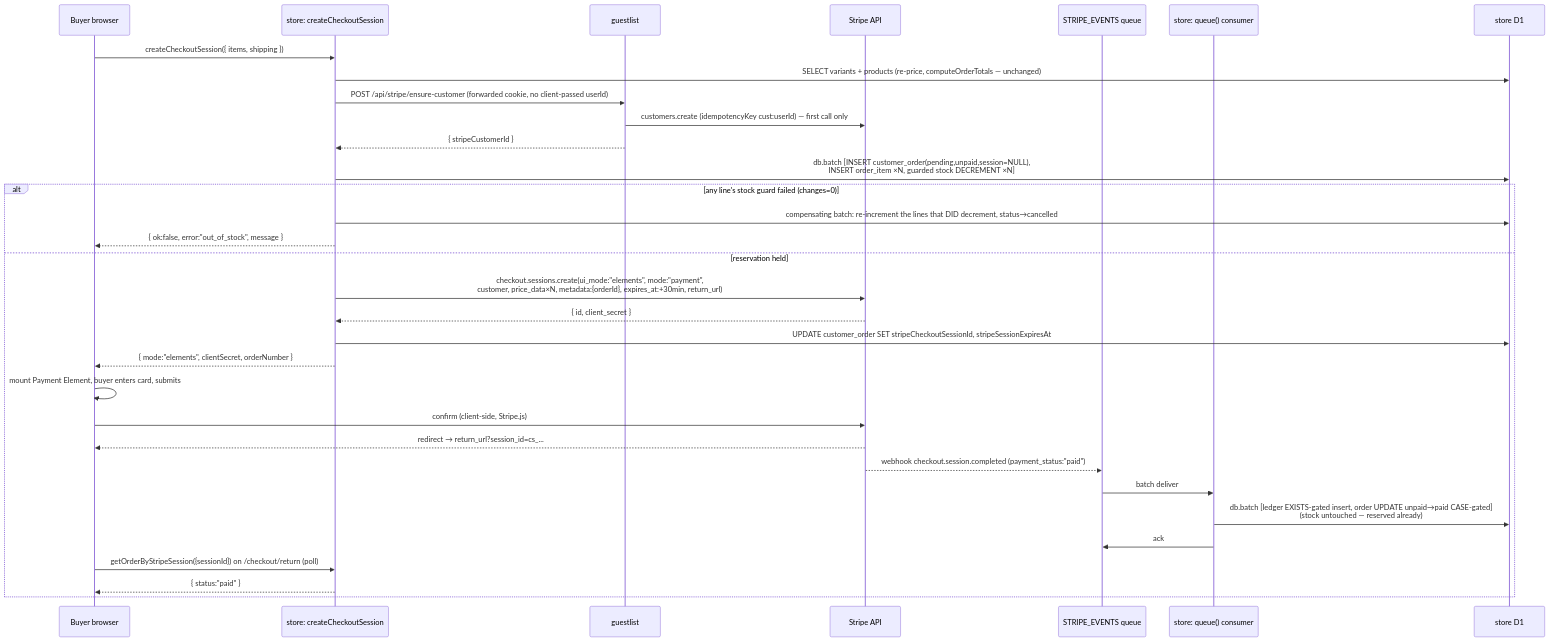
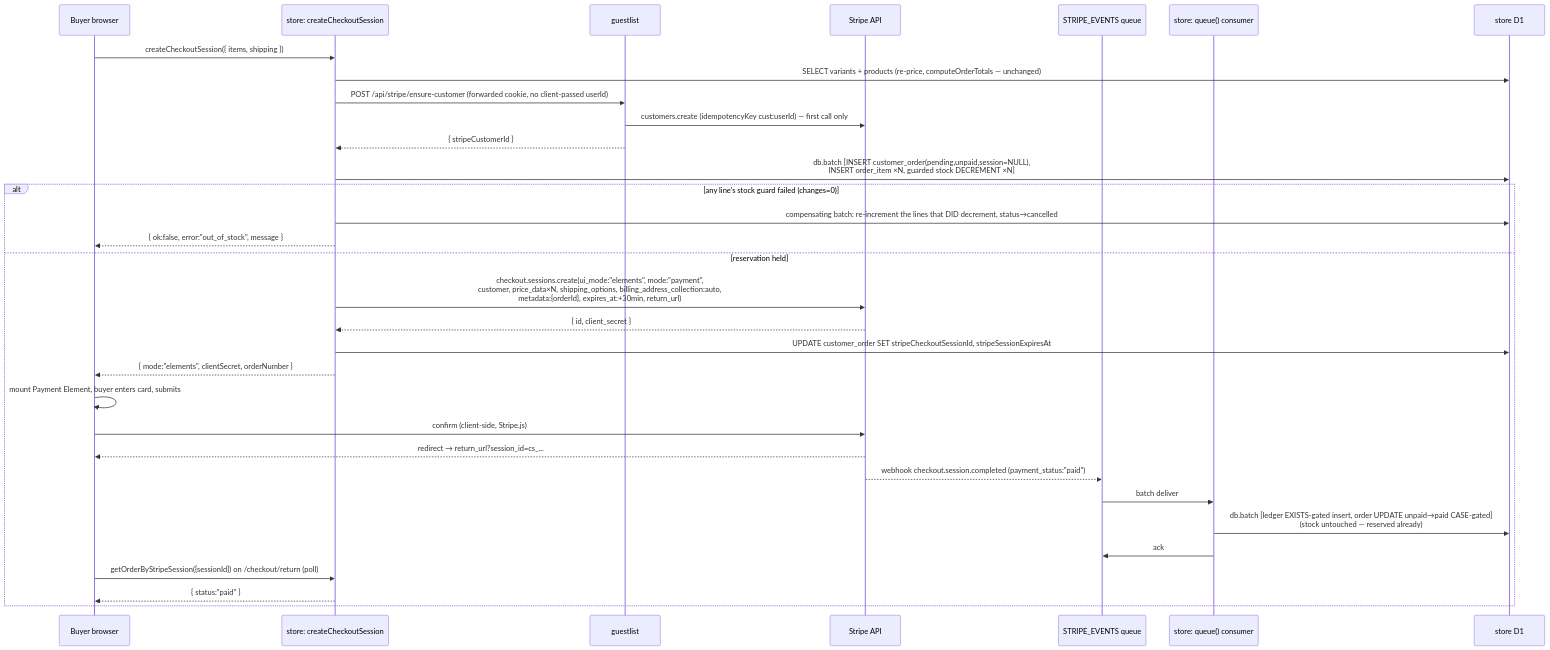
One commit to apostolos-geyer/somewhatintelligent changed the second of 3 diagrams in docs/exec-plans/active/0003-store-checkout-elements.md. Above: the diagram before and after it, drawn with Mermaid. The commit also changed other lines of this file and 29 other files, not shown here.

First line of the commit message:
feat(store): embedded Stripe checkout — Payment Element, stock reservations, reconcile cron

````diff
--- a/docs/exec-plans/active/0003-store-checkout-elements.md
+++ b/docs/exec-plans/active/0003-store-checkout-elements.md
@@ -145,35 +146,35 @@
 ```mermaid
 sequenceDiagram
     participant B as Buyer browser
     participant St as store: createCheckoutSession
     participant GL as guestlist
     participant Api as Stripe API
     participant Q as STRIPE_EVENTS queue
     participant C as store: queue() consumer
     participant D as store D1
 
     B->>St: createCheckoutSession({ items, shipping })
     St->>D: SELECT variants + products (re-price, computeOrderTotals — unchanged)
     St->>GL: POST /api/stripe/ensure-customer (forwarded cookie, no client-passed userId)
     GL->>Api: customers.create (idempotencyKey cust:userId) — first call only
     GL-->>St: { stripeCustomerId }
     St->>D: db.batch [INSERT customer_order(pending,unpaid,session=NULL),<br/>INSERT order_item ×N, guarded stock DECREMENT ×N]
     alt any line's stock guard failed (changes=0)
         St->>D: compensating batch: re-increment the lines that DID decrement, status→cancelled
         St-->>B: { ok:false, error:"out_of_stock", message }
     else reservation held
-        St->>Api: checkout.sessions.create(ui_mode:"elements", mode:"payment",<br/>customer, price_data×N, metadata:{orderId}, expires_at:+30min, return_url)
+        St->>Api: checkout.sessions.create(ui_mode:"elements", mode:"payment",<br/>customer, price_data×N, shipping_options, billing_address_collection:auto,<br/>metadata:{orderId}, expires_at:+30min, return_url)
         Api-->>St: { id, client_secret }
         St->>D: UPDATE customer_order SET stripeCheckoutSessionId, stripeSessionExpiresAt
         St-->>B: { mode:"elements", clientSecret, orderNumber }
         B->>B: mount Payment Element, buyer enters card, submits
         B->>Api: confirm (client-side, Stripe.js)
         Api-->>B: redirect → return_url?session_id=cs_...
         Api-->>Q: webhook checkout.session.completed (payment_status:"paid")
         Q->>C: batch deliver
         C->>D: db.batch [ledger EXISTS-gated insert, order UPDATE unpaid→paid CASE-gated]<br/>(stock untouched — reserved already)
         C->>Q: ack
         B->>St: getOrderByStripeSession({sessionId}) on /checkout/return (poll)
         St-->>B: { status:"paid" }
     end
 ```
````
